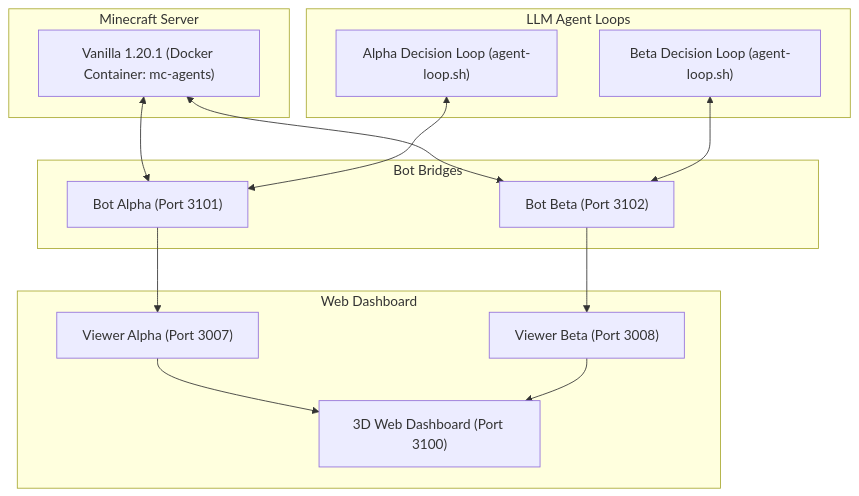
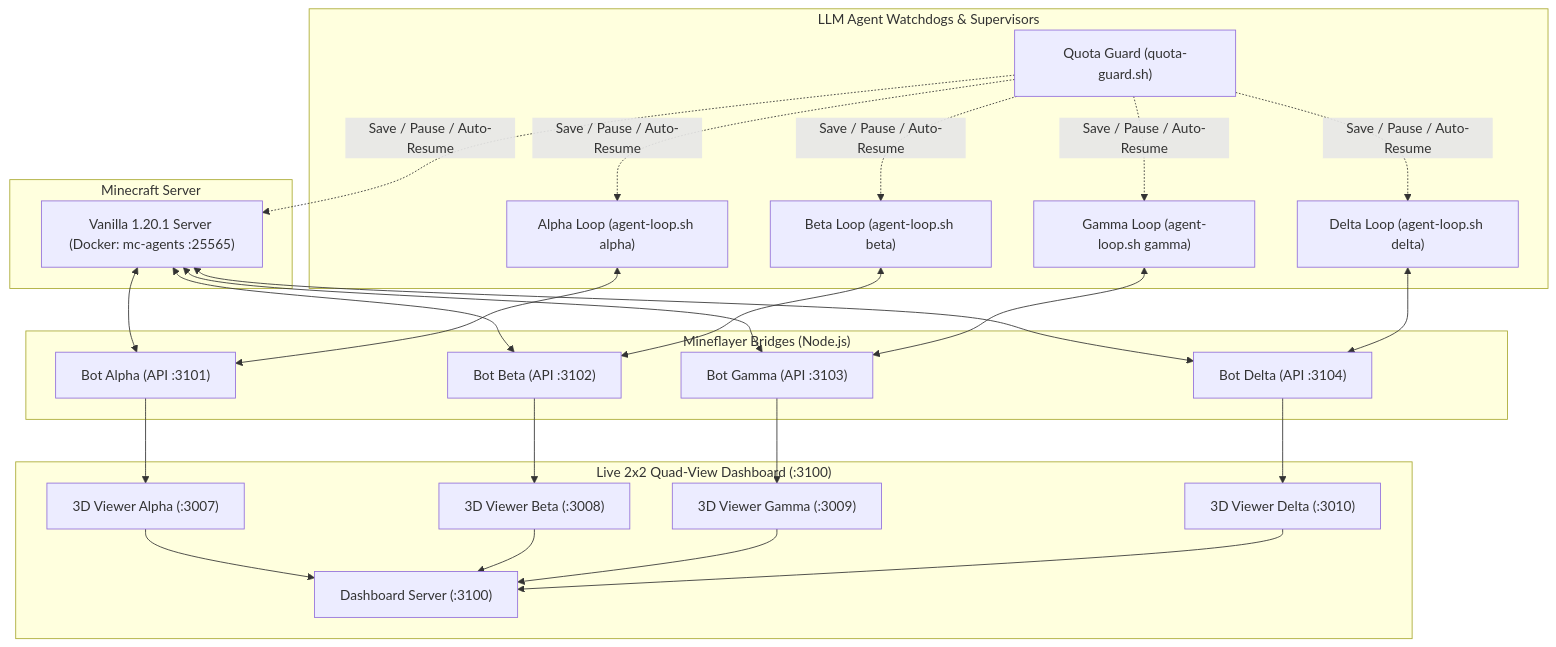
The diagram in README.md (cyberdid/minecraft-ai-agents), drawn with Mermaid before and after one commit. The commit also changed other lines of this file and 3 other files, not shown here.

Commit message:
Docs & fix: update README for 4 agents (Alpha, Beta, Gamma, Delta), add 4-agent dashboard screenshot & viewer respawn fix

````diff
--- a/README.md
+++ b/README.md
@@ -49,29 +64,40 @@
 ```mermaid
 flowchart TD
     subgraph Minecraft Server
-        MC["Vanilla 1.20.1 (Docker Container: mc-agents)"]
+        MC["Vanilla 1.20.1 Server (Docker: mc-agents :25565)"]
     end
 
-    subgraph Bot Bridges
-        BA["Bot Alpha (Port 3101)"]
-        BB["Bot Beta (Port 3102)"]
+    subgraph Bot Bridges ["Mineflayer Bridges (Node.js)"]
+        BA["Bot Alpha (API :3101)"]
+        BB["Bot Beta (API :3102)"]
+        BG["Bot Gamma (API :3103)"]
+        BD["Bot Delta (API :3104)"]
     end
 
-    subgraph Web Dashboard
-        Dash["3D Web Dashboard (Port 3100)"]
-        ViewerA["Viewer Alpha (Port 3007)"]
-        ViewerB["Viewer Beta (Port 3008)"]
+    subgraph Web Dashboard ["Live 2x2 Quad-View Dashboard (:3100)"]
+        Dash["Dashboard Server (:3100)"]
+        VA["3D Viewer Alpha (:3007)"]
+        VB["3D Viewer Beta (:3008)"]
+        VG["3D Viewer Gamma (:3009)"]
+        VD["3D Viewer Delta (:3010)"]
     end
 
-    subgraph LLM Agent Loops
-        LA["Alpha Decision Loop (agent-loop.sh)"]
-        LB["Beta Decision Loop (agent-loop.sh)"]
+    subgraph Autonomous Loops ["LLM Agent Watchdogs & Supervisors"]
+        LA["Alpha Loop (agent-loop.sh alpha)"]
+        LB["Beta Loop (agent-loop.sh beta)"]
+        LG["Gamma Loop (agent-loop.sh gamma)"]
+        LD["Delta Loop (agent-loop.sh delta)"]
+        QG["Quota Guard (quota-guard.sh)"]
     end
 
-    MC <--> BA
-    MC <--> BB
-    BA --> ViewerA --> Dash
-    BB --> ViewerB --> Dash
+    MC <--> BA & BB & BG & BD
+    BA --> VA --> Dash
+    BB --> VB --> Dash
+    BG --> VG --> Dash
+    BD --> VD --> Dash
     LA <--> BA
     LB <--> BB
+    LG <--> BG
+    LD <--> BD
+    QG -. "Save / Pause / Auto-Resume" .-> MC & LA & LB & LG & LD
 ```
````
